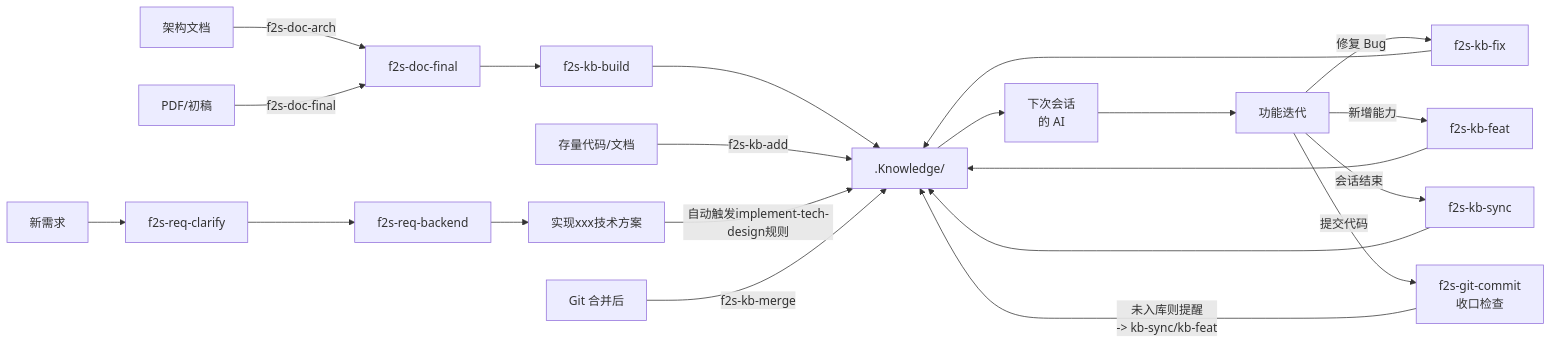
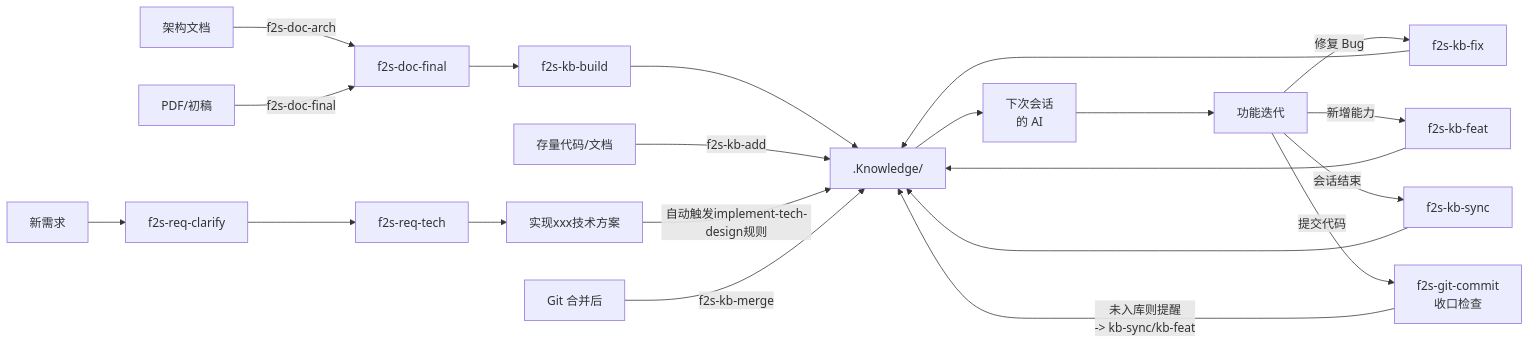
The fifth of 10 diagrams in docs/设计说明.md (Lands-1203/Flow2Spec), drawn with Mermaid before and after one commit. The commit also changed 36 other files, not shown here.

First line of the commit message:
🚀 feat: 将 f2s-req-backend 重命名为 f2s-req-tech，模板升级为全端技术方案模版

````diff
--- a/docs/设计说明.md
+++ b/docs/设计说明.md
@@ -128,22 +128,22 @@
 ```mermaid
 graph LR
     K[".Knowledge/"] --> AI["下次会话\n的 AI"]
     AI --> C["功能迭代"]
 
     C -->|"修复 Bug"| FIX["f2s-kb-fix"] --> K
     C -->|"新增能力"| FEAT["f2s-kb-feat"] --> K
     C -->|"会话结束"| SYNC["f2s-kb-sync"] --> K
     C -->|"提交代码"| CMT["f2s-git-commit\n收口检查"]
     CMT -->|"未入库则提醒\n-> kb-sync/kb-feat"| K
 
     D1["架构文档"] -->|f2s-doc-arch| FIN["f2s-doc-final"]
     D2["PDF/初稿"] -->|f2s-doc-final| FIN
     FIN --> CTX["f2s-kb-build"] --> K
 
     OLD["存量代码/文档"] -->|f2s-kb-add| K
 
-    NR["新需求"] --> CL["f2s-req-clarify"] --> BE["f2s-req-backend"]
+    NR["新需求"] --> CL["f2s-req-clarify"] --> BE["f2s-req-tech"]
     BE --> IMPL["实现xxx技术方案"] -->|自动触发implement-tech-design规则| K
 
     GIT["Git 合并后"] -->|f2s-kb-merge| K
 ```
````
